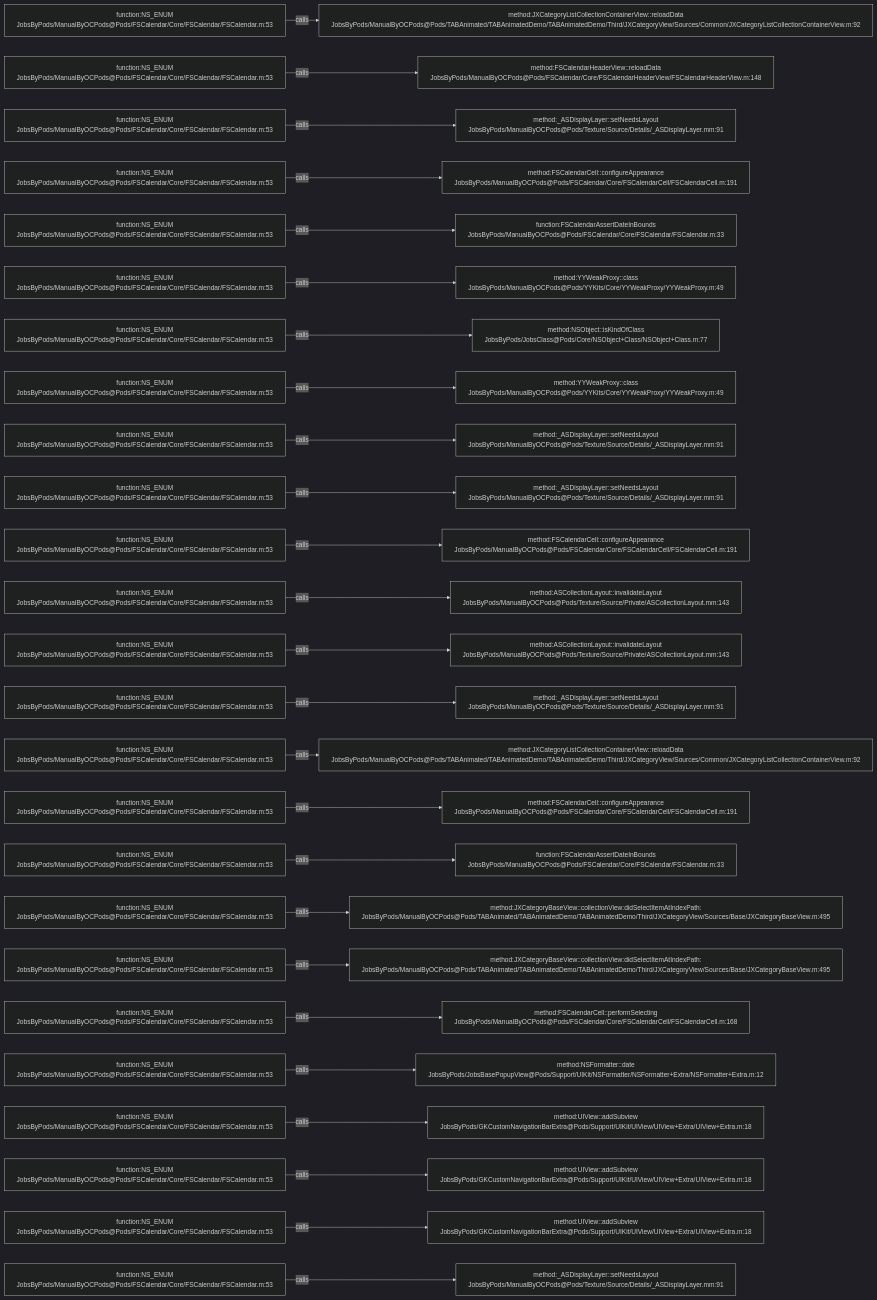
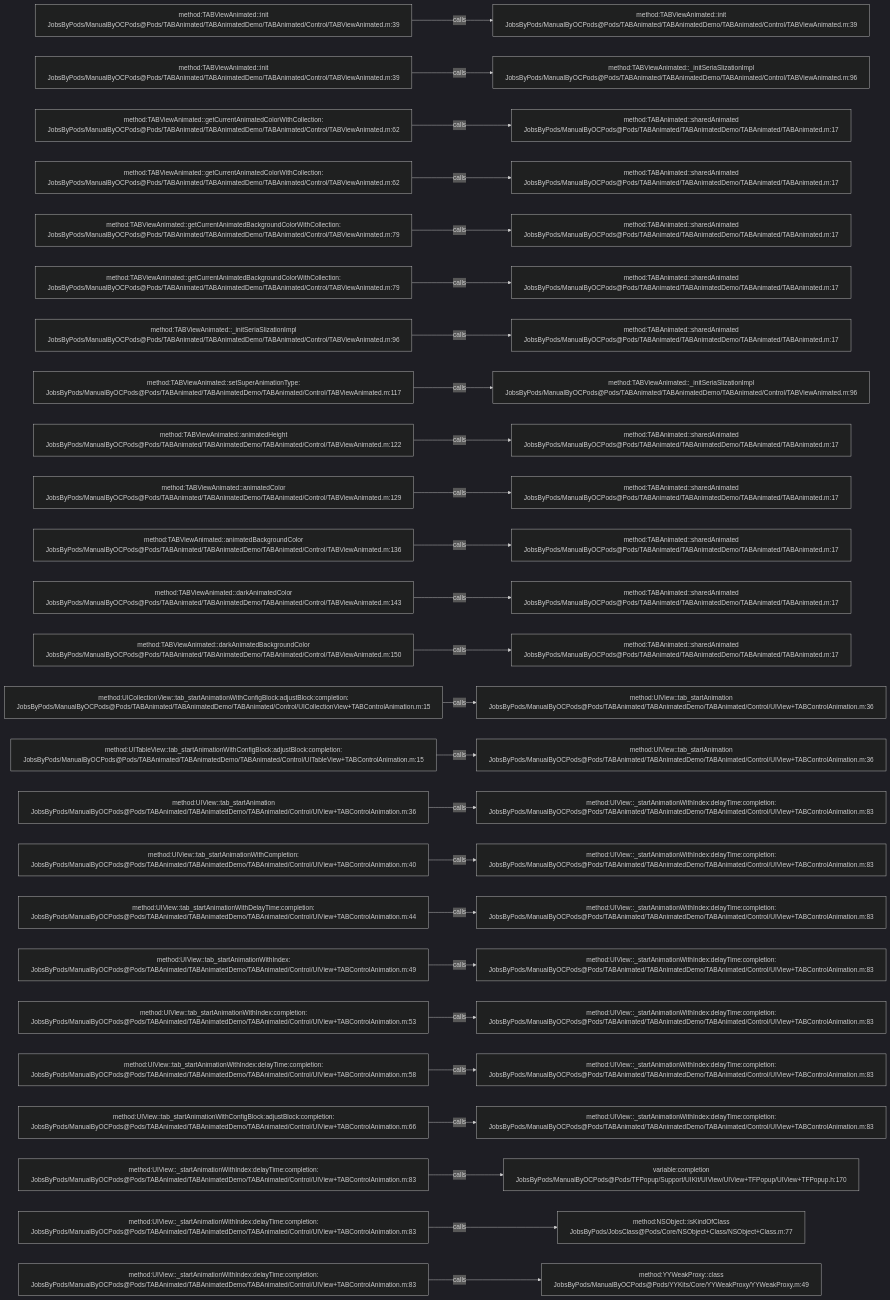
One commit to JobsKits/JobsOCBaseConfigDemo changed the diagram in .codegraph/codegraph.md/graphs/calls-189.md. Above: the diagram before and after it, drawn with Mermaid (dark theme). The commit also changed 639 other files, not shown here.

````diff
--- a/.codegraph/codegraph.md/graphs/calls-189.md
+++ b/.codegraph/codegraph.md/graphs/calls-189.md
@@ -13,78 +13,78 @@
 ```mermaid
 flowchart LR
-  S1["function:NS_ENUM<br/>JobsByPods/ManualByOCPods@Pods/FSCalendar/Core/FSCalendar/FSCalendar.m:53"]
-  T1["method:JXCategoryListCollectionContainerView::reloadData<br/>JobsByPods/ManualByOCPods@Pods/TABAnimated/TABAnimatedDemo/TABAnimatedDemo/Third/JXCategoryView/Sources/Common/JXCategoryListCollectionContainerView.m:92"]
+  S1["method:TABViewAnimated::init<br/>JobsByPods/ManualByOCPods@Pods/TABAnimated/TABAnimatedDemo/TABAnimated/Control/TABViewAnimated.m:39"]
+  T1["method:TABViewAnimated::init<br/>JobsByPods/ManualByOCPods@Pods/TABAnimated/TABAnimatedDemo/TABAnimated/Control/TABViewAnimated.m:39"]
   S1 -->|calls| T1
-  S2["function:NS_ENUM<br/>JobsByPods/ManualByOCPods@Pods/FSCalendar/Core/FSCalendar/FSCalendar.m:53"]
-  T2["method:FSCalendarHeaderView::reloadData<br/>JobsByPods/ManualByOCPods@Pods/FSCalendar/Core/FSCalendarHeaderView/FSCalendarHeaderView.m:148"]
+  S2["method:TABViewAnimated::init<br/>JobsByPods/ManualByOCPods@Pods/TABAnimated/TABAnimatedDemo/TABAnimated/Control/TABViewAnimated.m:39"]
+  T2["method:TABViewAnimated::_initSeriaSlizationImpl<br/>JobsByPods/ManualByOCPods@Pods/TABAnimated/TABAnimatedDemo/TABAnimated/Control/TABViewAnimated.m:96"]
   S2 -->|calls| T2
-  S3["function:NS_ENUM<br/>JobsByPods/ManualByOCPods@Pods/FSCalendar/Core/FSCalendar/FSCalendar.m:53"]
-  T3["method:_ASDisplayLayer::setNeedsLayout<br/>JobsByPods/ManualByOCPods@Pods/Texture/Source/Details/_ASDisplayLayer.mm:91"]
+  S3["method:TABViewAnimated::getCurrentAnimatedColorWithCollection:<br/>JobsByPods/ManualByOCPods@Pods/TABAnimated/TABAnimatedDemo/TABAnimated/Control/TABViewAnimated.m:62"]
+  T3["method:TABAnimated::sharedAnimated<br/>JobsByPods/ManualByOCPods@Pods/TABAnimated/TABAnimatedDemo/TABAnimated/TABAnimated.m:17"]
   S3 -->|calls| T3
-  S4["function:NS_ENUM<br/>JobsByPods/ManualByOCPods@Pods/FSCalendar/Core/FSCalendar/FSCalendar.m:53"]
-  T4["method:FSCalendarCell::configureAppearance<br/>JobsByPods/ManualByOCPods@Pods/FSCalendar/Core/FSCalendarCell/FSCalendarCell.m:191"]
+  S4["method:TABViewAnimated::getCurrentAnimatedColorWithCollection:<br/>JobsByPods/ManualByOCPods@Pods/TABAnimated/TABAnimatedDemo/TABAnimated/Control/TABViewAnimated.m:62"]
+  T4["method:TABAnimated::sharedAnimated<br/>JobsByPods/ManualByOCPods@Pods/TABAnimated/TABAnimatedDemo/TABAnimated/TABAnimated.m:17"]
   S4 -->|calls| T4
-  S5["function:NS_ENUM<br/>JobsByPods/ManualByOCPods@Pods/FSCalendar/Core/FSCalendar/FSCalendar.m:53"]
-  T5["function:FSCalendarAssertDateInBounds<br/>JobsByPods/ManualByOCPods@Pods/FSCalendar/Core/FSCalendar/FSCalendar.m:33"]
+  S5["method:TABViewAnimated::getCurrentAnimatedBackgroundColorWithCollection:<br/>JobsByPods/ManualByOCPods@Pods/TABAnimated/TABAnimatedDemo/TABAnimated/Control/TABViewAnimated.m:79"]
+  T5["method:TABAnimated::sharedAnimated<br/>JobsByPods/ManualByOCPods@Pods/TABAnimated/TABAnimatedDemo/TABAnimated/TABAnimated.m:17"]
   S5 -->|calls| T5
-  S6["function:NS_ENUM<br/>JobsByPods/ManualByOCPods@Pods/FSCalendar/Core/FSCalendar/FSCalendar.m:53"]
-  T6["method:YYWeakProxy::class<br/>JobsByPods/ManualByOCPods@Pods/YYKits/Core/YYWeakProxy/YYWeakProxy.m:49"]
+  S6["method:TABViewAnimated::getCurrentAnimatedBackgroundColorWithCollection:<br/>JobsByPods/ManualByOCPods@Pods/TABAnimated/TABAnimatedDemo/TABAnimated/Control/TABViewAnimated.m:79"]
+  T6["method:TABAnimated::sharedAnimated<br/>JobsByPods/ManualByOCPods@Pods/TABAnimated/TABAnimatedDemo/TABAnimated/TABAnimated.m:17"]
   S6 -->|calls| T6
-  S7["function:NS_ENUM<br/>JobsByPods/ManualByOCPods@Pods/FSCalendar/Core/FSCalendar/FSCalendar.m:53"]
-  T7["method:NSObject::isKindOfClass<br/>JobsByPods/JobsClass@Pods/Core/NSObject+Class/NSObject+Class.m:77"]
+  S7["method:TABViewAnimated::_initSeriaSlizationImpl<br/>JobsByPods/ManualByOCPods@Pods/TABAnimated/TABAnimatedDemo/TABAnimated/Control/TABViewAnimated.m:96"]
+  T7["method:TABAnimated::sharedAnimated<br/>JobsByPods/ManualByOCPods@Pods/TABAnimated/TABAnimatedDemo/TABAnimated/TABAnimated.m:17"]
   S7 -->|calls| T7
-  S8["function:NS_ENUM<br/>JobsByPods/ManualByOCPods@Pods/FSCalendar/Core/FSCalendar/FSCalendar.m:53"]
-  T8["method:YYWeakProxy::class<br/>JobsByPods/ManualByOCPods@Pods/YYKits/Core/YYWeakProxy/YYWeakProxy.m:49"]
+  S8["method:TABViewAnimated::setSuperAnimationType:<br/>JobsByPods/ManualByOCPods@Pods/TABAnimated/TABAnimatedDemo/TABAnimated/Control/TABViewAnimated.m:117"]
+  T8["method:TABViewAnimated::_initSeriaSlizationImpl<br/>JobsByPods/ManualByOCPods@Pods/TABAnimated/TABAnimatedDemo/TABAnimated/Control/TABViewAnimated.m:96"]
   S8 -->|calls| T8
-  S9["function:NS_ENUM<br/>JobsByPods/ManualByOCPods@Pods/FSCalendar/Core/FSCalendar/FSCalendar.m:53"]
-  T9["method:_ASDisplayLayer::setNeedsLayout<br/>JobsByPods/ManualByOCPods@Pods/Texture/Source/Details/_ASDisplayLayer.mm:91"]
+  S9["method:TABViewAnimated::animatedHeight<br/>JobsByPods/ManualByOCPods@Pods/TABAnimated/TABAnimatedDemo/TABAnimated/Control/TABViewAnimated.m:122"]
+  T9["method:TABAnimated::sharedAnimated<br/>JobsByPods/ManualByOCPods@Pods/TABAnimated/TABAnimatedDemo/TABAnimated/TABAnimated.m:17"]
   S9 -->|calls| T9
-  S10["function:NS_ENUM<br/>JobsByPods/ManualByOCPods@Pods/FSCalendar/Core/FSCalendar/FSCalendar.m:53"]
-  T10["method:_ASDisplayLayer::setNeedsLayout<br/>JobsByPods/ManualByOCPods@Pods/Texture/Source/Details/_ASDisplayLayer.mm:91"]
+  S10["method:TABViewAnimated::animatedColor<br/>JobsByPods/ManualByOCPods@Pods/TABAnimated/TABAnimatedDemo/TABAnimated/Control/TABViewAnimated.m:129"]
+  T10["method:TABAnimated::sharedAnimated<br/>JobsByPods/ManualByOCPods@Pods/TABAnimated/TABAnimatedDemo/TABAnimated/TABAnimated.m:17"]
   S10 -->|calls| T10
-  S11["function:NS_ENUM<br/>JobsByPods/ManualByOCPods@Pods/FSCalendar/Core/FSCalendar/FSCalendar.m:53"]
-  T11["method:FSCalendarCell::configureAppearance<br/>JobsByPods/ManualByOCPods@Pods/FSCalendar/Core/FSCalendarCell/FSCalendarCell.m:191"]
+  S11["method:TABViewAnimated::animatedBackgroundColor<br/>JobsByPods/ManualByOCPods@Pods/TABAnimated/TABAnimatedDemo/TABAnimated/Control/TABViewAnimated.m:136"]
+  T11["method:TABAnimated::sharedAnimated<br/>JobsByPods/ManualByOCPods@Pods/TABAnimated/TABAnimatedDemo/TABAnimated/TABAnimated.m:17"]
   S11 -->|calls| T11
-  S12["function:NS_ENUM<br/>JobsByPods/ManualByOCPods@Pods/FSCalendar/Core/FSCalendar/FSCalendar.m:53"]
-  T12["method:ASCollectionLayout::invalidateLayout<br/>JobsByPods/ManualByOCPods@Pods/Texture/Source/Private/ASCollectionLayout.mm:143"]
+  S12["method:TABViewAnimated::darkAnimatedColor<br/>JobsByPods/ManualByOCPods@Pods/TABAnimated/TABAnimatedDemo/TABAnimated/Control/TABViewAnimated.m:143"]
+  T12["method:TABAnimated::sharedAnimated<br/>JobsByPods/ManualByOCPods@Pods/TABAnimated/TABAnimatedDemo/TABAnimated/TABAnimated.m:17"]
   S12 -->|calls| T12
-  S13["function:NS_ENUM<br/>JobsByPods/ManualByOCPods@Pods/FSCalendar/Core/FSCalendar/FSCalendar.m:53"]
-  T13["method:ASCollectionLayout::invalidateLayout<br/>JobsByPods/ManualByOCPods@Pods/Texture/Source/Private/ASCollectionLayout.mm:143"]
+  S13["method:TABViewAnimated::darkAnimatedBackgroundColor<br/>JobsByPods/ManualByOCPods@Pods/TABAnimated/TABAnimatedDemo/TABAnimated/Control/TABViewAnimated.m:150"]
+  T13["method:TABAnimated::sharedAnimated<br/>JobsByPods/ManualByOCPods@Pods/TABAnimated/TABAnimatedDemo/TABAnimated/TABAnimated.m:17"]
   S13 -->|calls| T13
-  S14["function:NS_ENUM<br/>JobsByPods/ManualByOCPods@Pods/FSCalendar/Core/FSCalendar/FSCalendar.m:53"]
-  T14["method:_ASDisplayLayer::setNeedsLayout<br/>JobsByPods/ManualByOCPods@Pods/Texture/Source/Details/_ASDisplayLayer.mm:91"]
+  S14["method:UICollectionView::tab_startAnimationWithConfigBlock:adjustBlock:completion:<br/>JobsByPods/ManualByOCPods@Pods/TABAnimated/TABAnimatedDemo/TABAnimated/Control/UICollectionView+TABControlAnimation.m:15"]
+  T14["method:UIView::tab_startAnimation<br/>JobsByPods/ManualByOCPods@Pods/TABAnimated/TABAnimatedDemo/TABAnimated/Control/UIView+TABControlAnimation.m:36"]
   S14 -->|calls| T14
-  S15["function:NS_ENUM<br/>JobsByPods/ManualByOCPods@Pods/FSCalendar/Core/FSCalendar/FSCalendar.m:53"]
-  T15["method:JXCategoryListCollectionContainerView::reloadData<br/>JobsByPods/ManualByOCPods@Pods/TABAnimated/TABAnimatedDemo/TABAnimatedDemo/Third/JXCategoryView/Sources/Common/JXCategoryListCollectionContainerView.m:92"]
+  S15["method:UITableView::tab_startAnimationWithConfigBlock:adjustBlock:completion:<br/>JobsByPods/ManualByOCPods@Pods/TABAnimated/TABAnimatedDemo/TABAnimated/Control/UITableView+TABControlAnimation.m:15"]
+  T15["method:UIView::tab_startAnimation<br/>JobsByPods/ManualByOCPods@Pods/TABAnimated/TABAnimatedDemo/TABAnimated/Control/UIView+TABControlAnimation.m:36"]
   S15 -->|calls| T15
-  S16["function:NS_ENUM<br/>JobsByPods/ManualByOCPods@Pods/FSCalendar/Core/FSCalendar/FSCalendar.m:53"]
-  T16["method:FSCalendarCell::configureAppearance<br/>JobsByPods/ManualByOCPods@Pods/FSCalendar/Core/FSCalendarCell/FSCalendarCell.m:191"]
+  S16["method:UIView::tab_startAnimation<br/>JobsByPods/ManualByOCPods@Pods/TABAnimated/TABAnimatedDemo/TABAnimated/Control/UIView+TABControlAnimation.m:36"]
+  T16["method:UIView::_startAnimationWithIndex:delayTime:completion:<br/>JobsByPods/ManualByOCPods@Pods/TABAnimated/TABAnimatedDemo/TABAnimated/Control/UIView+TABControlAnimation.m:83"]
   S16 -->|calls| T16
-  S17["function:NS_ENUM<br/>JobsByPods/ManualByOCPods@Pods/FSCalendar/Core/FSCalendar/FSCalendar.m:53"]
-  T17["function:FSCalendarAssertDateInBounds<br/>JobsByPods/ManualByOCPods@Pods/FSCalendar/Core/FSCalendar/FSCalendar.m:33"]
+  S17["method:UIView::tab_startAnimationWithCompletion:<br/>JobsByPods/ManualByOCPods@Pods/TABAnimated/TABAnimatedDemo/TABAnimated/Control/UIView+TABControlAnimation.m:40"]
+  T17["method:UIView::_startAnimationWithIndex:delayTime:completion:<br/>JobsByPods/ManualByOCPods@Pods/TABAnimated/TABAnimatedDemo/TABAnimated/Control/UIView+TABControlAnimation.m:83"]
   S17 -->|calls| T17
-  S18["function:NS_ENUM<br/>JobsByPods/ManualByOCPods@Pods/FSCalendar/Core/FSCalendar/FSCalendar.m:53"]
-  T18["method:JXCategoryBaseView::collectionView:didSelectItemAtIndexPath:<br/>JobsByPods/ManualByOCPods@Pods/TABAnimated/TABAnimatedDemo/TABAnimatedDemo/Third/JXCategoryView/Sources/Base/JXCategoryBaseView.m:495"]
+  S18["method:UIView::tab_startAnimationWithDelayTime:completion:<br/>JobsByPods/ManualByOCPods@Pods/TABAnimated/TABAnimatedDemo/TABAnimated/Control/UIView+TABControlAnimation.m:44"]
+  T18["method:UIView::_startAnimationWithIndex:delayTime:completion:<br/>JobsByPods/ManualByOCPods@Pods/TABAnimated/TABAnimatedDemo/TABAnimated/Control/UIView+TABControlAnimation.m:83"]
   S18 -->|calls| T18
-  S19["function:NS_ENUM<br/>JobsByPods/ManualByOCPods@Pods/FSCalendar/Core/FSCalendar/FSCalendar.m:53"]
-  T19["method:JXCategoryBaseView::collectionView:didSelectItemAtIndexPath:<br/>JobsByPods/ManualByOCPods@Pods/TABAnimated/TABAnimatedDemo/TABAnimatedDemo/Third/JXCategoryView/Sources/Base/JXCategoryBaseView.m:495"]
+  S19["method:UIView::tab_startAnimationWithIndex:<br/>JobsByPods/ManualByOCPods@Pods/TABAnimated/TABAnimatedDemo/TABAnimated/Control/UIView+TABControlAnimation.m:49"]
+  T19["method:UIView::_startAnimationWithIndex:delayTime:completion:<br/>JobsByPods/ManualByOCPods@Pods/TABAnimated/TABAnimatedDemo/TABAnimated/Control/UIView+TABControlAnimation.m:83"]
   S19 -->|calls| T19
-  S20["function:NS_ENUM<br/>JobsByPods/ManualByOCPods@Pods/FSCalendar/Core/FSCalendar/FSCalendar.m:53"]
-  T20["method:FSCalendarCell::performSelecting<br/>JobsByPods/ManualByOCPods@Pods/FSCalendar/Core/FSCalendarCell/FSCalendarCell.m:168"]
+  S20["method:UIView::tab_startAnimationWithIndex:completion:<br/>JobsByPods/ManualByOCPods@Pods/TABAnimated/TABAnimatedDemo/TABAnimated/Control/UIView+TABControlAnimation.m:53"]
+  T20["method:UIView::_startAnimationWithIndex:delayTime:completion:<br/>JobsByPods/ManualByOCPods@Pods/TABAnimated/TABAnimatedDemo/TABAnimated/Control/UIView+TABControlAnimation.m:83"]
   S20 -->|calls| T20
-  S21["function:NS_ENUM<br/>JobsByPods/ManualByOCPods@Pods/FSCalendar/Core/FSCalendar/FSCalendar.m:53"]
-  T21["method:NSFormatter::date<br/>JobsByPods/JobsBasePopupView@Pods/Support/UIKit/NSFormatter/NSFormatter+Extra/NSFormatter+Extra.m:12"]
+  S21["method:UIView::tab_startAnimationWithIndex:delayTime:completion:<br/>JobsByPods/ManualByOCPods@Pods/TABAnimated/TABAnimatedDemo/TABAnimated/Control/UIView+TABControlAnimation.m:58"]
+  T21["method:UIView::_startAnimationWithIndex:delayTime:completion:<br/>JobsByPods/ManualByOCPods@Pods/TABAnimated/TABAnimatedDemo/TABAnimated/Control/UIView+TABControlAnimation.m:83"]
   S21 -->|calls| T21
-  S22["function:NS_ENUM<br/>JobsByPods/ManualByOCPods@Pods/FSCalendar/Core/FSCalendar/FSCalendar.m:53"]
-  T22["method:UIView::addSubview<br/>JobsByPods/GKCustomNavigationBarExtra@Pods/Support/UIKit/UIView/UIView+Extra/UIView+Extra.m:18"]
+  S22["method:UIView::tab_startAnimationWithConfigBlock:adjustBlock:completion:<br/>JobsByPods/ManualByOCPods@Pods/TABAnimated/TABAnimatedDemo/TABAnimated/Control/UIView+TABControlAnimation.m:66"]
+  T22["method:UIView::_startAnimationWithIndex:delayTime:completion:<br/>JobsByPods/ManualByOCPods@Pods/TABAnimated/TABAnimatedDemo/TABAnimated/Control/UIView+TABControlAnimation.m:83"]
   S22 -->|calls| T22
-  S23["function:NS_ENUM<br/>JobsByPods/ManualByOCPods@Pods/FSCalendar/Core/FSCalendar/FSCalendar.m:53"]
-  T23["method:UIView::addSubview<br/>JobsByPods/GKCustomNavigationBarExtra@Pods/Support/UIKit/UIView/UIView+Extra/UIView+Extra.m:18"]
+  S23["method:UIView::_startAnimationWithIndex:delayTime:completion:<br/>JobsByPods/ManualByOCPods@Pods/TABAnimated/TABAnimatedDemo/TABAnimated/Control/UIView+TABControlAnimation.m:83"]
+  T23["variable:completion<br/>JobsByPods/ManualByOCPods@Pods/TFPopup/Support/UIKit/UIView/UIView+TFPopup/UIView+TFPopup.h:170"]
   S23 -->|calls| T23
-  S24["function:NS_ENUM<br/>JobsByPods/ManualByOCPods@Pods/FSCalendar/Core/FSCalendar/FSCalendar.m:53"]
-  T24["method:UIView::addSubview<br/>JobsByPods/GKCustomNavigationBarExtra@Pods/Support/UIKit/UIView/UIView+Extra/UIView+Extra.m:18"]
+  S24["method:UIView::_startAnimationWithIndex:delayTime:completion:<br/>JobsByPods/ManualByOCPods@Pods/TABAnimated/TABAnimatedDemo/TABAnimated/Control/UIView+TABControlAnimation.m:83"]
+  T24["method:NSObject::isKindOfClass<br/>JobsByPods/JobsClass@Pods/Core/NSObject+Class/NSObject+Class.m:77"]
   S24 -->|calls| T24
-  S25["function:NS_ENUM<br/>JobsByPods/ManualByOCPods@Pods/FSCalendar/Core/FSCalendar/FSCalendar.m:53"]
-  T25["method:_ASDisplayLayer::setNeedsLayout<br/>JobsByPods/ManualByOCPods@Pods/Texture/Source/Details/_ASDisplayLayer.mm:91"]
+  S25["method:UIView::_startAnimationWithIndex:delayTime:completion:<br/>JobsByPods/ManualByOCPods@Pods/TABAnimated/TABAnimatedDemo/TABAnimated/Control/UIView+TABControlAnimation.m:83"]
+  T25["method:YYWeakProxy::class<br/>JobsByPods/ManualByOCPods@Pods/YYKits/Core/YYWeakProxy/YYWeakProxy.m:49"]
   S25 -->|calls| T25
 ```
````
